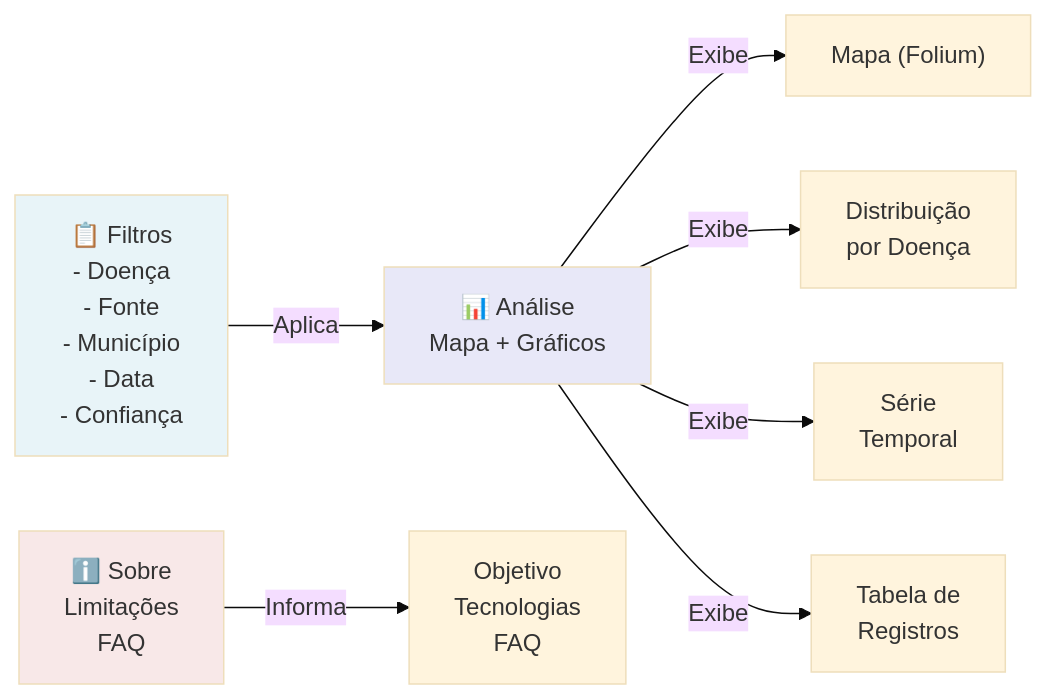
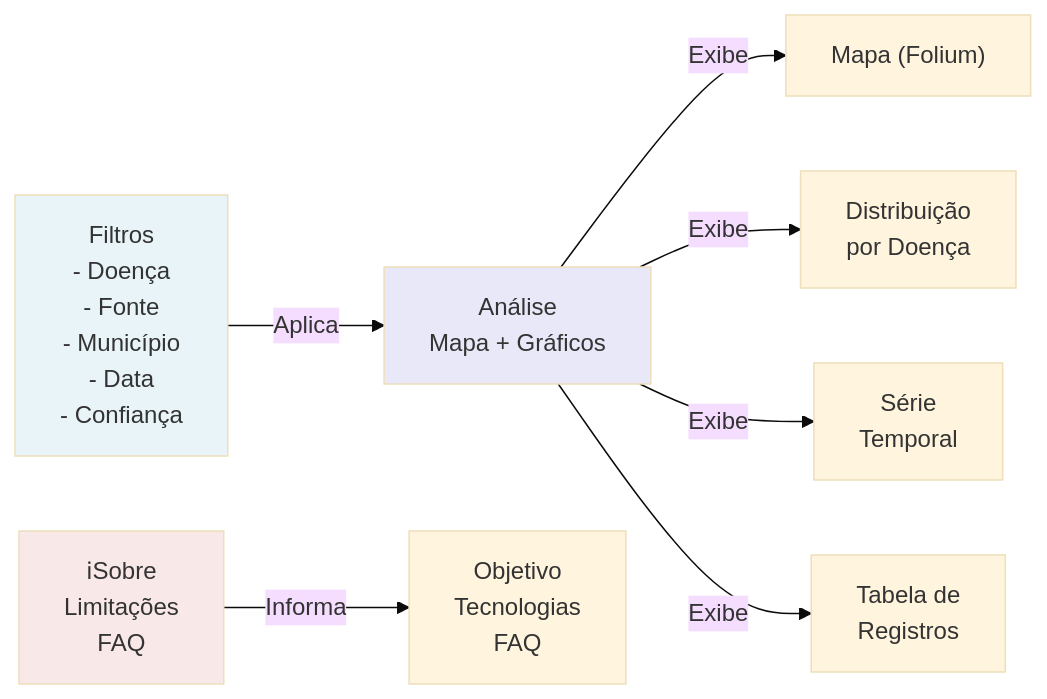
Before and after one commit to pedrolucas2530/E-Piau-: the fifth of 6 diagrams in docs/relatorio_tecnico.md, drawn with Mermaid (base theme).

Commit message:
Ajustes adicionais para testes unitarios

````diff
--- a/docs/relatorio_tecnico.md
+++ b/docs/relatorio_tecnico.md
@@ -132,17 +132,17 @@
 ```mermaid
 graph LR
-    Sidebar["📋 Filtros<br/>- Doença<br/>- Fonte<br/>- Município<br/>- Data<br/>- Confiança"]
-    Tab1["📊 Análise<br/>Mapa + Gráficos"]
-    Tab2["ℹ️ Sobre<br/>Limitações<br/>FAQ"]
+    Sidebar["Filtros<br/>- Doença<br/>- Fonte<br/>- Município<br/>- Data<br/>- Confiança"]
+    Tab1["Análise<br/>Mapa + Gráficos"]
+    Tab2["ℹSobre<br/>Limitações<br/>FAQ"]
     
     Sidebar -->|Aplica| Tab1
     Tab1 -->|Exibe| Mapa["Mapa (Folium)"]
     Tab1 -->|Exibe| Dist["Distribuição<br/>por Doença"]
     Tab1 -->|Exibe| Tempo["Série<br/>Temporal"]
     Tab1 -->|Exibe| Tabela["Tabela de<br/>Registros"]
     Tab2 -->|Informa| Info["Objetivo<br/>Tecnologias<br/>FAQ"]
     
     style Sidebar fill:#e8f4f8
     style Tab1 fill:#e8e8f8
     style Tab2 fill:#f8e8e8
 ```
````
